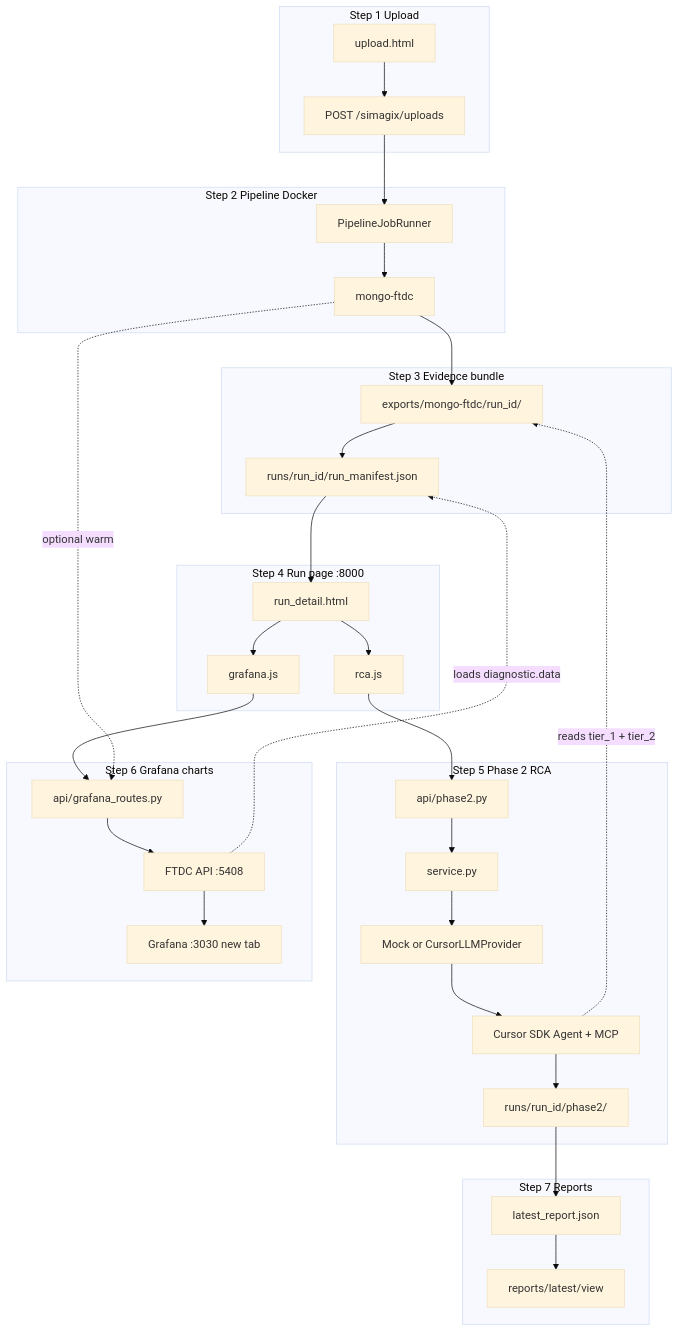
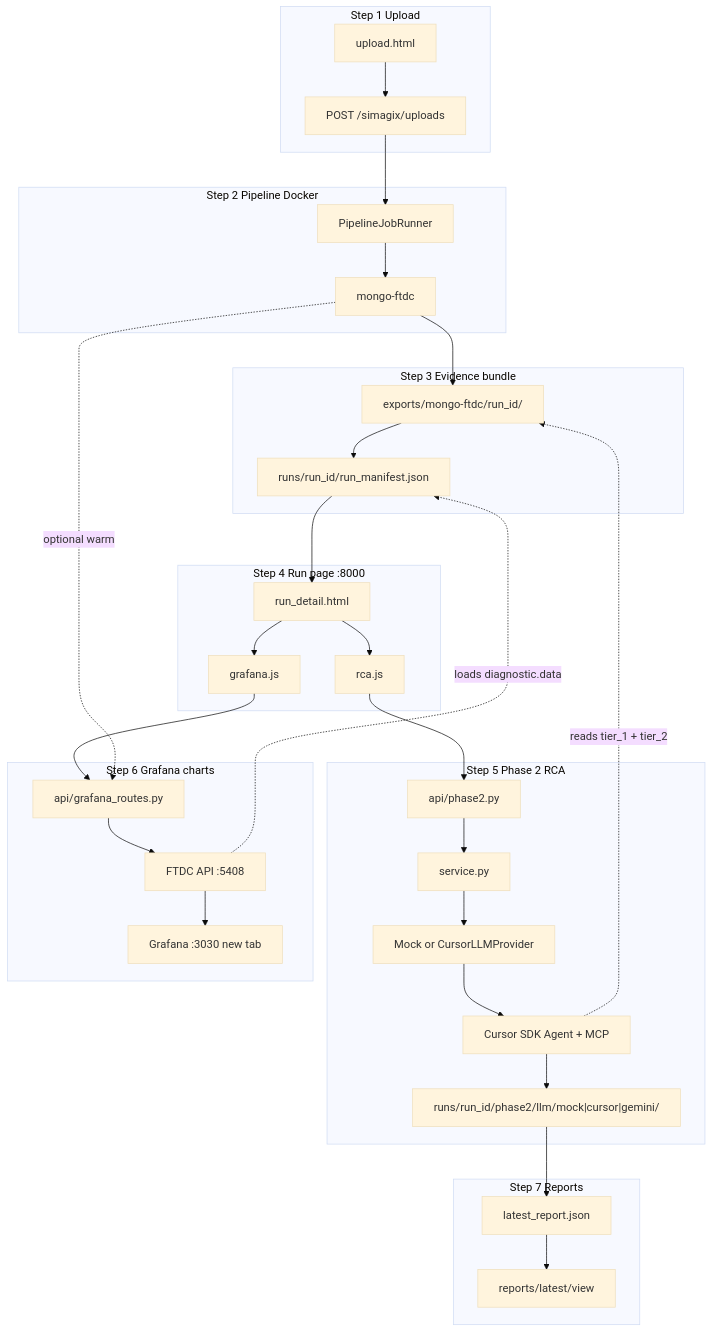
One commit to Prateek-Agarwal2006/Mongo-Debugger changed the first of 7 diagrams in docs/ARCHITECTURE.md. Above: the diagram before and after it, drawn with Mermaid (base theme). The commit also changed other lines of this file and 90 other files, not shown here.

First line of the commit message:
feat: Phase 3 chatbot, multi-LLM isolation, and frontend extraction

````diff
--- a/docs/ARCHITECTURE.md
+++ b/docs/ARCHITECTURE.md
@@ -17,51 +17,51 @@
 ```mermaid
 flowchart TB
   subgraph step1 [Step 1 Upload]
     UploadUI["upload.html"]
     UploadAPI["POST /simagix/uploads"]
   end
 
   subgraph step2 [Step 2 Pipeline Docker]
     Pipeline["PipelineJobRunner"]
     MFTDC["mongo-ftdc"]
   end
 
   subgraph step3 [Step 3 Evidence bundle]
     Exports["exports/mongo-ftdc/run_id/"]
     RunManifest["runs/run_id/run_manifest.json"]
   end
 
   subgraph step4 [Step 4 Run page :8000]
     RunPage["run_detail.html"]
     RCAjs["rca.js"]
     Grafjs["grafana.js"]
   end
 
   subgraph step5 [Step 5 Phase 2 RCA]
     P2API["api/phase2.py"]
     Service["service.py"]
     Provider["Mock or CursorLLMProvider"]
     Agent["Cursor SDK Agent + MCP"]
-    Phase2Disk["runs/run_id/phase2/"]
+    Phase2Disk["runs/run_id/phase2/llm/mock|cursor|gemini/"]
   end
 
   subgraph step6 [Step 6 Grafana charts]
     GrafAPI["api/grafana_routes.py"]
     FTDCapi["FTDC API :5408"]
     GrafanaUI["Grafana :3030 new tab"]
   end
 
   subgraph step7 [Step 7 Reports]
     ReportJSON["latest_report.json"]
     ReportHTML["reports/latest/view"]
   end
 
   UploadUI --> UploadAPI --> Pipeline --> MFTDC --> Exports
   Exports --> RunManifest --> RunPage
   RunPage --> RCAjs --> P2API --> Service --> Provider --> Agent
   Agent --> Phase2Disk --> ReportJSON --> ReportHTML
   Agent -.->|"reads tier_1 + tier_2"| Exports
   RunPage --> Grafjs --> GrafAPI --> FTDCapi --> GrafanaUI
   FTDCapi -.->|"loads diagnostic.data"| RunManifest
   MFTDC -.->|"optional warm"| GrafAPI
 ```
````
